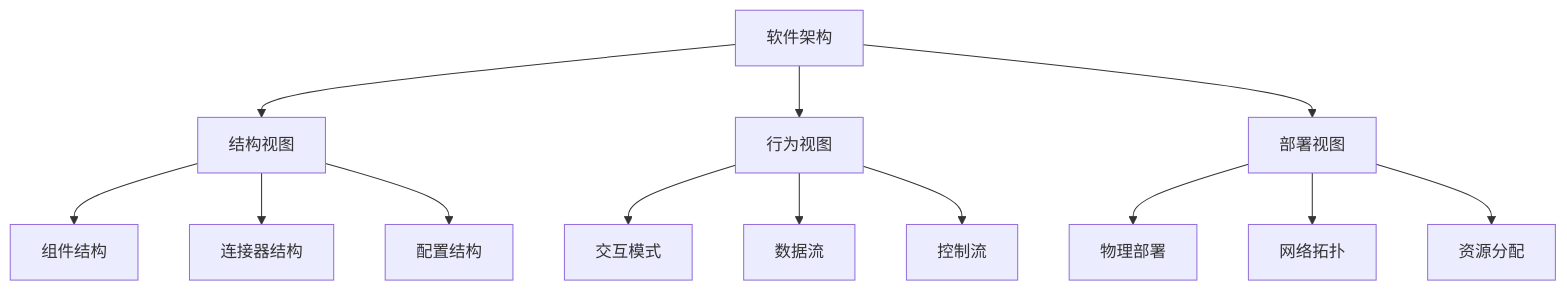
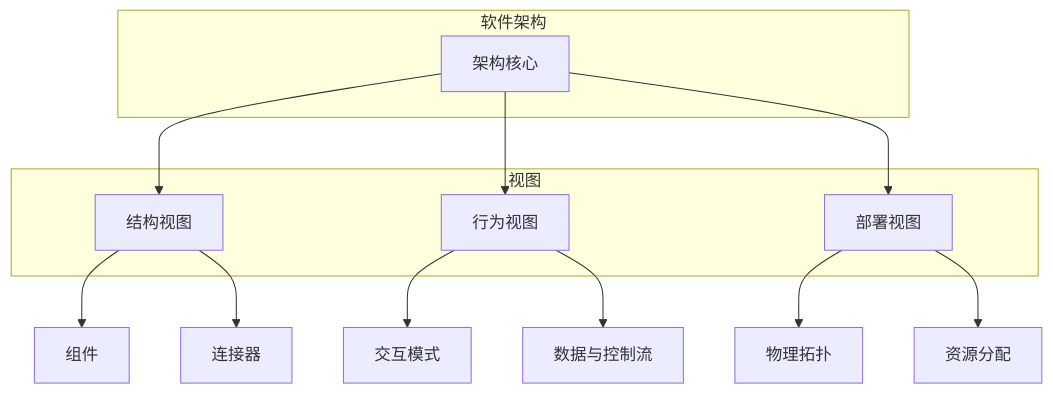
One commit to AdaMartin18010/common changed the diagram in docs/refactor/02-Software-Architecture/01-Architecture-Foundation/01-Architecture-Principles.md. Above: the diagram before and after it, drawn with Mermaid. The commit also changed other lines of this file and 14 other files, not shown here.

````diff
--- a/docs/refactor/02-Software-Architecture/01-Architecture-Foundation/01-Architecture-Principles.md
+++ b/docs/refactor/02-Software-Architecture/01-Architecture-Foundation/01-Architecture-Principles.md
@@ -56,18 +43,25 @@
 ```mermaid
 graph TB
-    A[软件架构] --> B[结构视图]
-    A --> C[行为视图]
-    A --> D[部署视图]
-    
-    B --> B1[组件结构]
-    B --> B2[连接器结构]
-    B --> B3[配置结构]
-    
+    subgraph 软件架构
+        A[架构核心]
+    end
+
+    subgraph 视图
+        B[结构视图]
+        C[行为视图]
+        D[部署视图]
+    end
+
+    A --> B
+    A --> C
+    A --> D
+
+    B --> B1[组件]
+    B --> B2[连接器]
+
     C --> C1[交互模式]
-    C --> C2[数据流]
-    C --> C3[控制流]
-    
-    D --> D1[物理部署]
-    D --> D2[网络拓扑]
-    D --> D3[资源分配]
+    C --> C2[数据与控制流]
+
+    D --> D1[物理拓扑]
+    D --> D2[资源分配]
 ```
````
